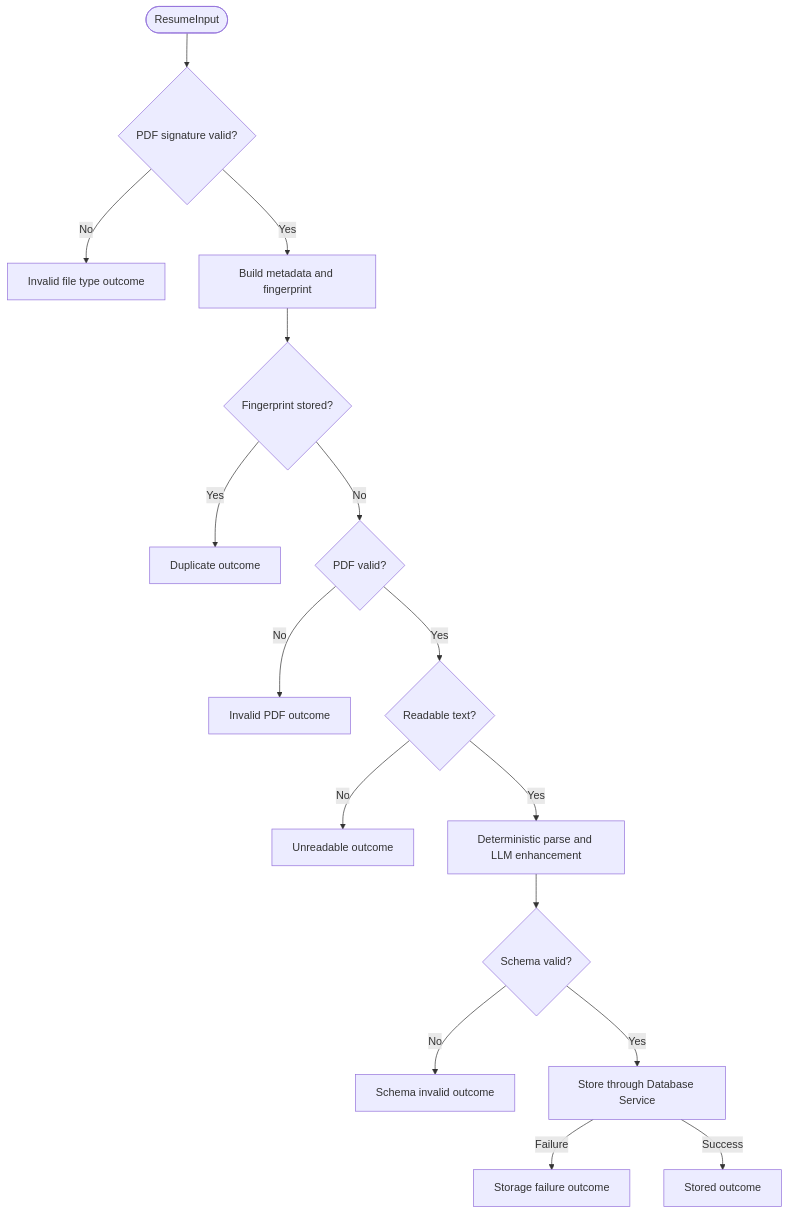
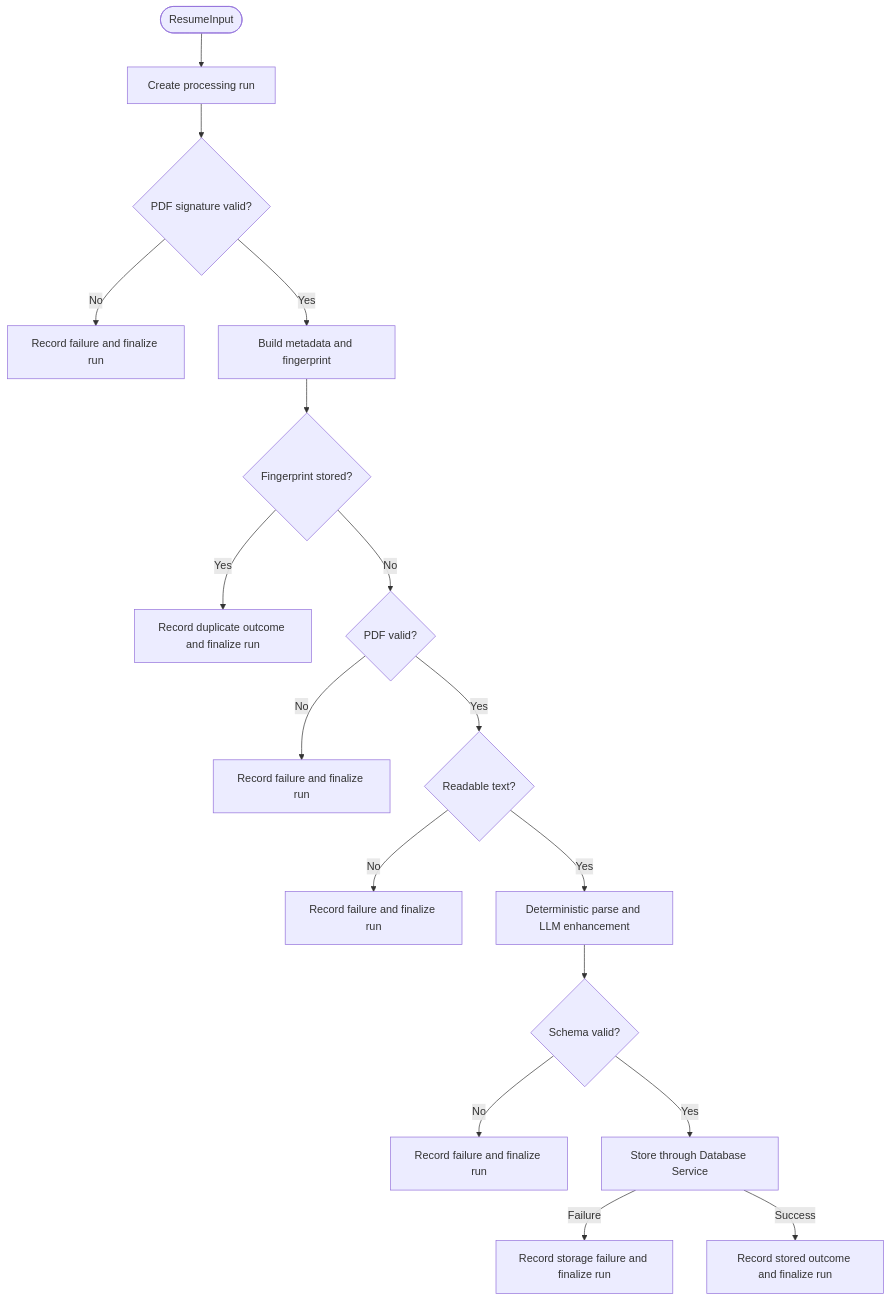
Before and after one commit to DelgadoArlee/cv-brewer: the diagram in app/core/docs/system/resume-processing/processes/resume-processing.md, drawn with Mermaid. The commit also changed other lines of this file and 137 other files, not shown here.

Commit message:
feat: add resume processing logs

`````diff
--- a/app/core/docs/system/resume-processing/processes/resume-processing.md
+++ b/app/core/docs/system/resume-processing/processes/resume-processing.md
@@ -48,18 +59,19 @@
 ````mermaid
 flowchart TD
-    Start([ResumeInput]) --> FileType{PDF signature valid?}
-    FileType -->|No| InvalidFileType[Invalid file type outcome]
+    Start([ResumeInput]) --> InitRun[Create processing run]
+    InitRun --> FileType{PDF signature valid?}
+    FileType -->|No| InvalidFileType[Record failure and finalize run]
     FileType -->|Yes| Metadata[Build metadata and fingerprint]
     Metadata --> Duplicate{Fingerprint stored?}
-    Duplicate -->|Yes| DuplicateOutcome[Duplicate outcome]
+    Duplicate -->|Yes| DuplicateOutcome[Record duplicate outcome and finalize run]
     Duplicate -->|No| PdfValid{PDF valid?}
-    PdfValid -->|No| InvalidPdf[Invalid PDF outcome]
+    PdfValid -->|No| InvalidPdf[Record failure and finalize run]
     PdfValid -->|Yes| Extract{Readable text?}
-    Extract -->|No| Unreadable[Unreadable outcome]
+    Extract -->|No| Unreadable[Record failure and finalize run]
     Extract -->|Yes| Parse[Deterministic parse and LLM enhancement]
     Parse --> Schema{Schema valid?}
-    Schema -->|No| SchemaInvalid[Schema invalid outcome]
+    Schema -->|No| SchemaInvalid[Record failure and finalize run]
     Schema -->|Yes| Store[Store through Database Service]
-    Store -->|Failure| StorageFailure[Storage failure outcome]
-    Store -->|Success| Stored[Stored outcome]
+    Store -->|Failure| StorageFailure[Record storage failure and finalize run]
+    Store -->|Success| Stored[Record stored outcome and finalize run]
 ````
`````
